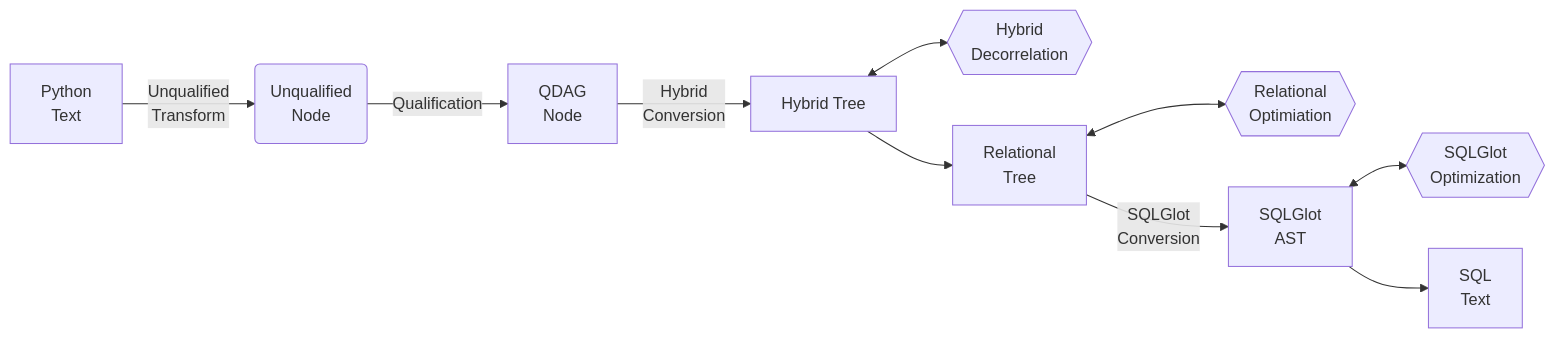
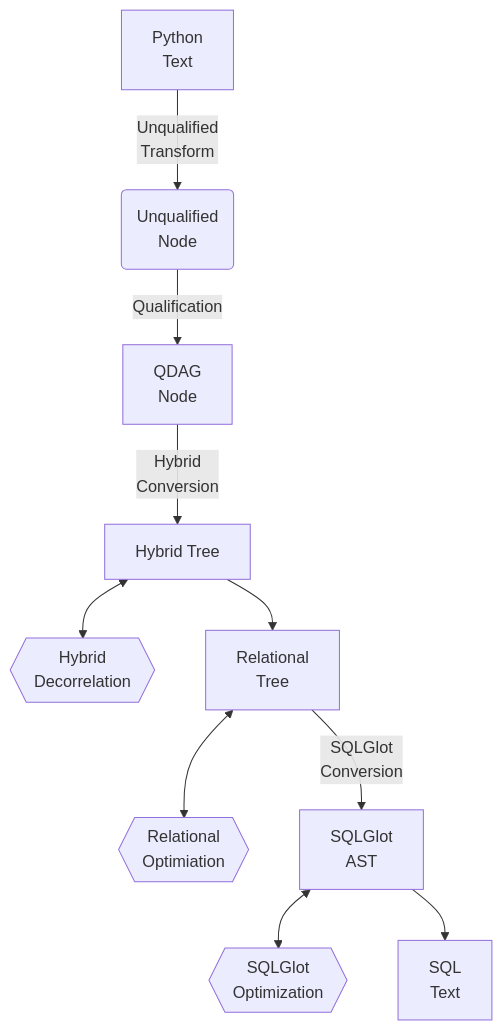
The diagram in documentation/ir.md (bodo-ai/PyDough), drawn with Mermaid before and after one commit. The commit also changed other lines of this file, not shown here.

Commit message:
Reorienting flowchart

````diff
--- a/documentation/ir.md
+++ b/documentation/ir.md
@@ -39,24 +39,24 @@
 ```mermaid
-flowchart LR
+flowchart TD
     A[Python
     Text] -->|"Unqualified
     Transform"| B(Unqualified
     Node)
     B -->|Qualification| C[QDAG
     Node]
     C -->|"Hybrid
     Conversion"| D[Hybrid Tree]
     D <--> D'{{Hybrid
     Decorrelation}}
     D --> E[Relational
     Tree]
     E <--> E'{{Relational
     Optimiation}}
     F <--> F'{{SQLGlot
     Optimization}}
     E -->|SQLGlot
     Conversion| F[SQLGlot
     AST]
     F --> G[SQL
     Text]
 ```
````
